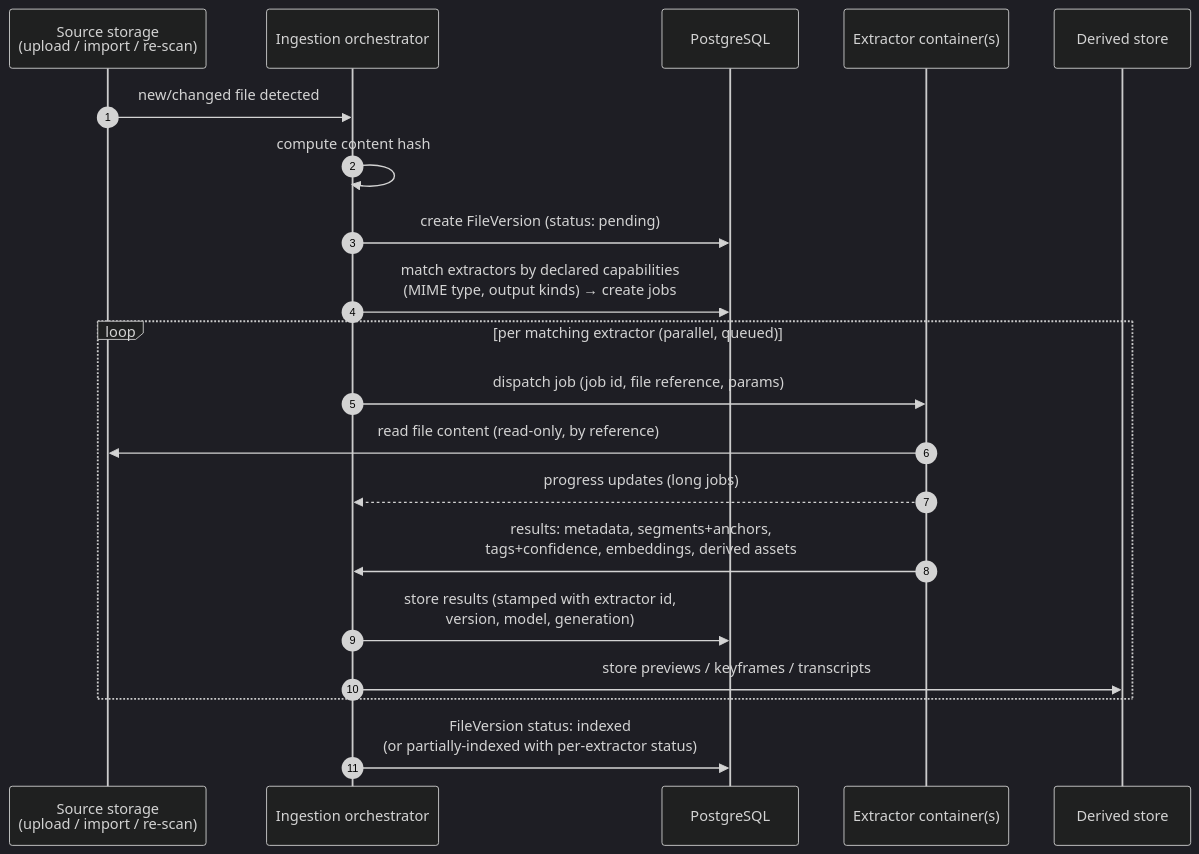
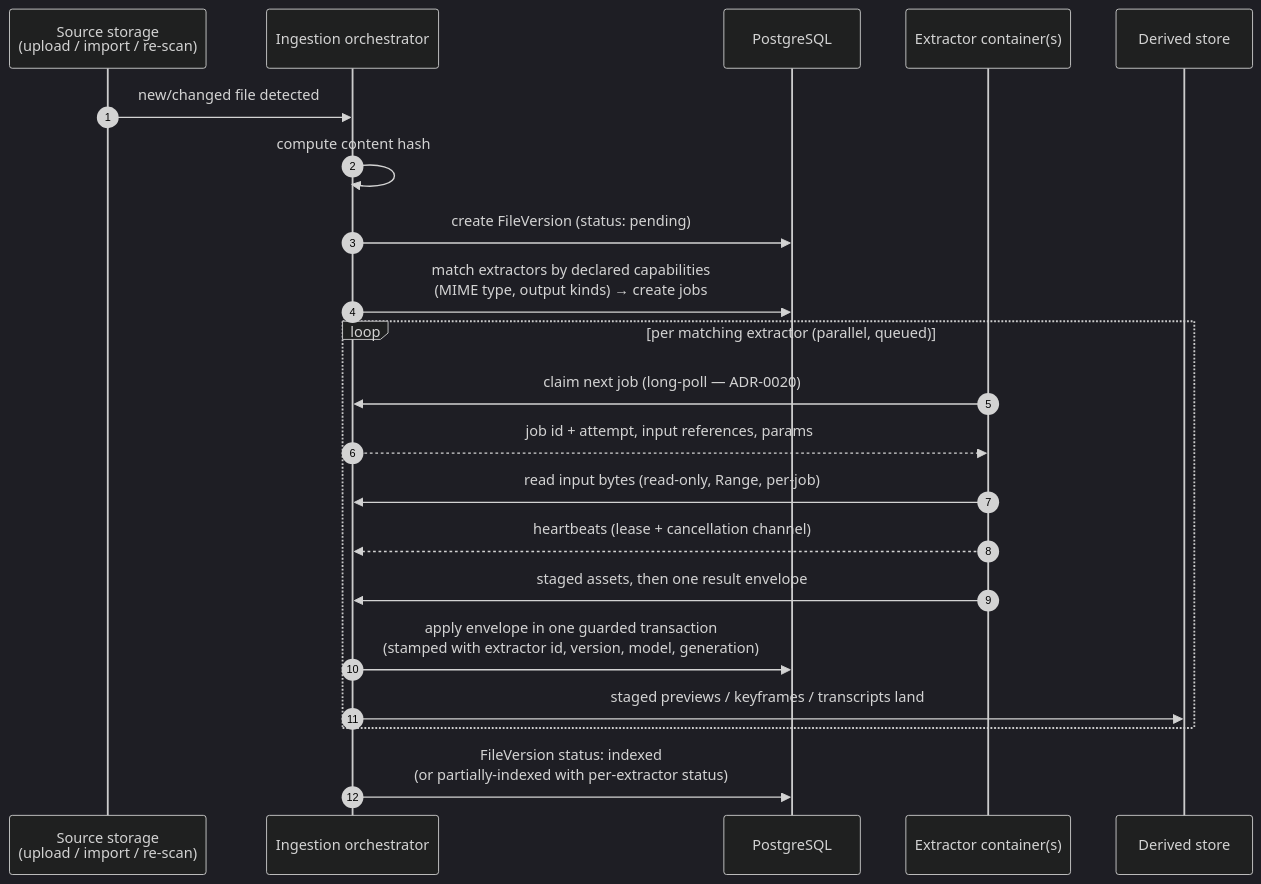
Before and after one commit to Andreas-Menzel/store-everything: the first of 2 diagrams in specs/04-ingestion-pipeline.md, drawn with Mermaid (dark theme). The commit also changed other lines of this file and 13 other files, not shown here.

````diff
--- a/specs/04-ingestion-pipeline.md
+++ b/specs/04-ingestion-pipeline.md
@@ -10,23 +10,24 @@
 ```mermaid
 sequenceDiagram
     autonumber
     participant SRC as Source storage<br/>(upload / import / re-scan)
     participant ORCH as Ingestion orchestrator
     participant PG as PostgreSQL
     participant EXT as Extractor container(s)
     participant DER as Derived store
 
     SRC->>ORCH: new/changed file detected
     ORCH->>ORCH: compute content hash
     ORCH->>PG: create FileVersion (status: pending)
     ORCH->>PG: match extractors by declared capabilities<br/>(MIME type, output kinds) → create jobs
     loop per matching extractor (parallel, queued)
-        ORCH->>EXT: dispatch job (job id, file reference, params)
-        EXT->>SRC: read file content (read-only, by reference)
-        EXT-->>ORCH: progress updates (long jobs)
-        EXT->>ORCH: results: metadata, segments+anchors,<br/>tags+confidence, embeddings, derived assets
-        ORCH->>PG: store results (stamped with extractor id,<br/>version, model, generation)
-        ORCH->>DER: store previews / keyframes / transcripts
+        EXT->>ORCH: claim next job (long-poll — ADR-0020)
+        ORCH-->>EXT: job id + attempt, input references, params
+        EXT->>ORCH: read input bytes (read-only, Range, per-job)
+        EXT-->>ORCH: heartbeats (lease + cancellation channel)
+        EXT->>ORCH: staged assets, then one result envelope
+        ORCH->>PG: apply envelope in one guarded transaction<br/>(stamped with extractor id, version, model, generation)
+        ORCH->>DER: staged previews / keyframes / transcripts land
     end
     ORCH->>PG: FileVersion status: indexed<br/>(or partially-indexed with per-extractor status)
 ```
````
